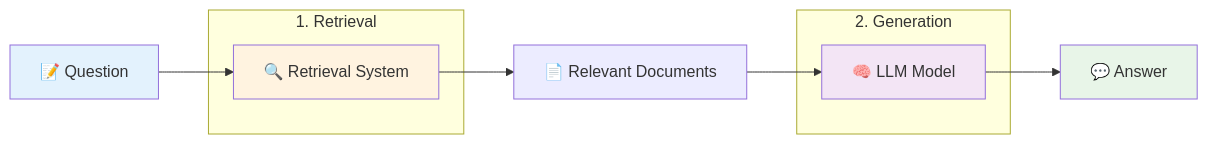
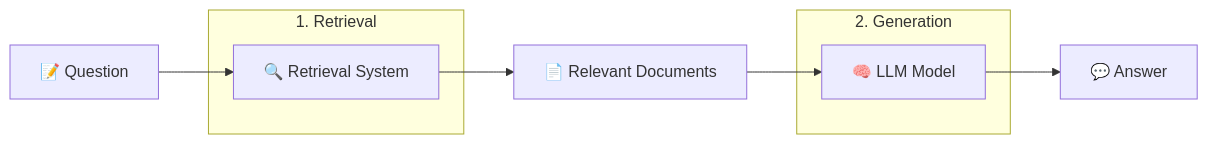
Before and after one commit to beirern/Personal-Website: the first of 5 diagrams in src/content/posts/aviation-docs-project.md, drawn with Mermaid. The commit also changed other lines of this file and 1 other file, not shown here.

Commit message:
Remove old project and fix diagram contrast

````diff
--- a/src/content/posts/aviation-docs-project.md
+++ b/src/content/posts/aviation-docs-project.md
@@ -60,20 +60,16 @@
 ```mermaid
 graph LR
     A[📝 Question] --> B[🔍 Retrieval System]
     B --> C[📄 Relevant Documents]
     C --> D[🧠 LLM Model]
     D --> E[💬 Answer]
     
     subgraph "1. Retrieval"
         B
     end
     
     subgraph "2. Generation"
         D
     end
     
-    style A fill:#e3f2fd
-    style E fill:#e8f5e8
-    style B fill:#fff3e0
-    style D fill:#f3e5f5
 ```
````
